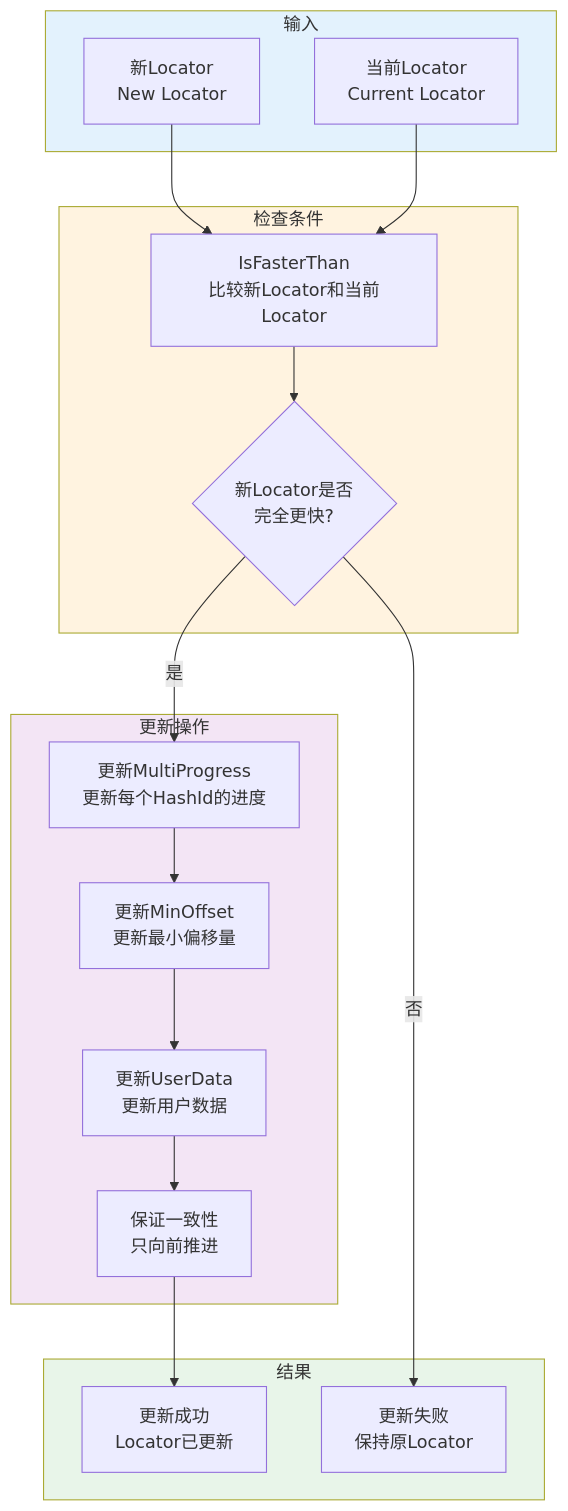
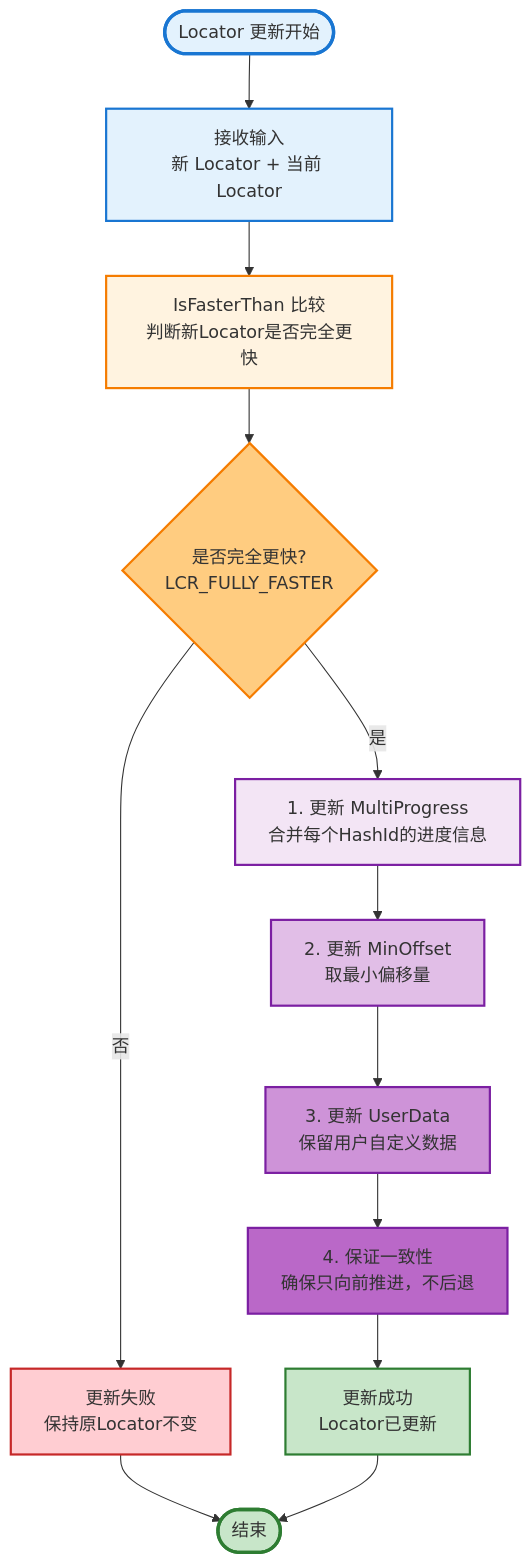
One commit to zhouzhilong-commits/zhouzhilong-commits.github.io changed diagram 13 of 27 in _posts/2025-06-24-indexlib-5-version-management.md. Above: the diagram before and after it, drawn with Mermaid. The commit also changed other lines of this file and 6 other files, not shown here.

````diff
--- a/_posts/2025-06-24-indexlib-5-version-management.md
+++ b/_posts/2025-06-24-indexlib-5-version-management.md
@@ -870,39 +963,34 @@
 ```mermaid
 flowchart TD
-    subgraph Input["输入"]
-        I1[新Locator<br/>New Locator]
-        I2[当前Locator<br/>Current Locator]
-    end
+    Start([Locator 更新开始]) --> Input[接收输入<br/>新 Locator + 当前 Locator]
     
-    subgraph Check["检查条件"]
-        C1[IsFasterThan<br/>比较新Locator和当前Locator]
-        C2{新Locator是否<br/>完全更快?}
-        C1 --> C2
-    end
+    Input --> Compare[IsFasterThan 比较<br/>判断新Locator是否完全更快]
     
-    subgraph Update["更新操作"]
-        U1[更新MultiProgress<br/>更新每个HashId的进度]
-        U2[更新MinOffset<br/>更新最小偏移量]
-        U3[更新UserData<br/>更新用户数据]
-        U4[保证一致性<br/>只向前推进]
-        U1 --> U2
-        U2 --> U3
-        U3 --> U4
-    end
+    Compare --> Decision{是否完全更快?<br/>LCR_FULLY_FASTER}
     
-    subgraph Result["结果"]
-        R1[更新成功<br/>Locator已更新]
-        R2[更新失败<br/>保持原Locator]
-    end
+    Decision -->|否| Fail[更新失败<br/>保持原Locator不变]
+    Decision -->|是| Step1[1. 更新 MultiProgress<br/>合并每个HashId的进度信息]
     
-    I1 --> C1
-    I2 --> C1
-    C2 -->|是| U1
-    C2 -->|否| R2
-    U4 --> R1
+    Step1 --> Step2[2. 更新 MinOffset<br/>取最小偏移量]
     
-    style Input fill:#e3f2fd
-    style Check fill:#fff3e0
-    style Update fill:#f3e5f5
-    style Result fill:#e8f5e9
+    Step2 --> Step3[3. 更新 UserData<br/>保留用户自定义数据]
+    
+    Step3 --> Step4[4. 保证一致性<br/>确保只向前推进，不后退]
+    
+    Step4 --> Success[更新成功<br/>Locator已更新]
+    
+    Fail --> End([结束])
+    Success --> End
+    
+    style Start fill:#e3f2fd,stroke:#1976d2,stroke-width:3px
+    style Input fill:#e3f2fd,stroke:#1976d2,stroke-width:2px
+    style Compare fill:#fff3e0,stroke:#f57c00,stroke-width:2px
+    style Decision fill:#ffcc80,stroke:#f57c00,stroke-width:2px
+    style Step1 fill:#f3e5f5,stroke:#7b1fa2,stroke-width:2px
+    style Step2 fill:#e1bee7,stroke:#7b1fa2,stroke-width:2px
+    style Step3 fill:#ce93d8,stroke:#7b1fa2,stroke-width:2px
+    style Step4 fill:#ba68c8,stroke:#7b1fa2,stroke-width:2px
+    style Success fill:#c8e6c9,stroke:#2e7d32,stroke-width:2px
+    style Fail fill:#ffcdd2,stroke:#c62828,stroke-width:2px
+    style End fill:#c8e6c9,stroke:#2e7d32,stroke-width:3px
 ```
````
